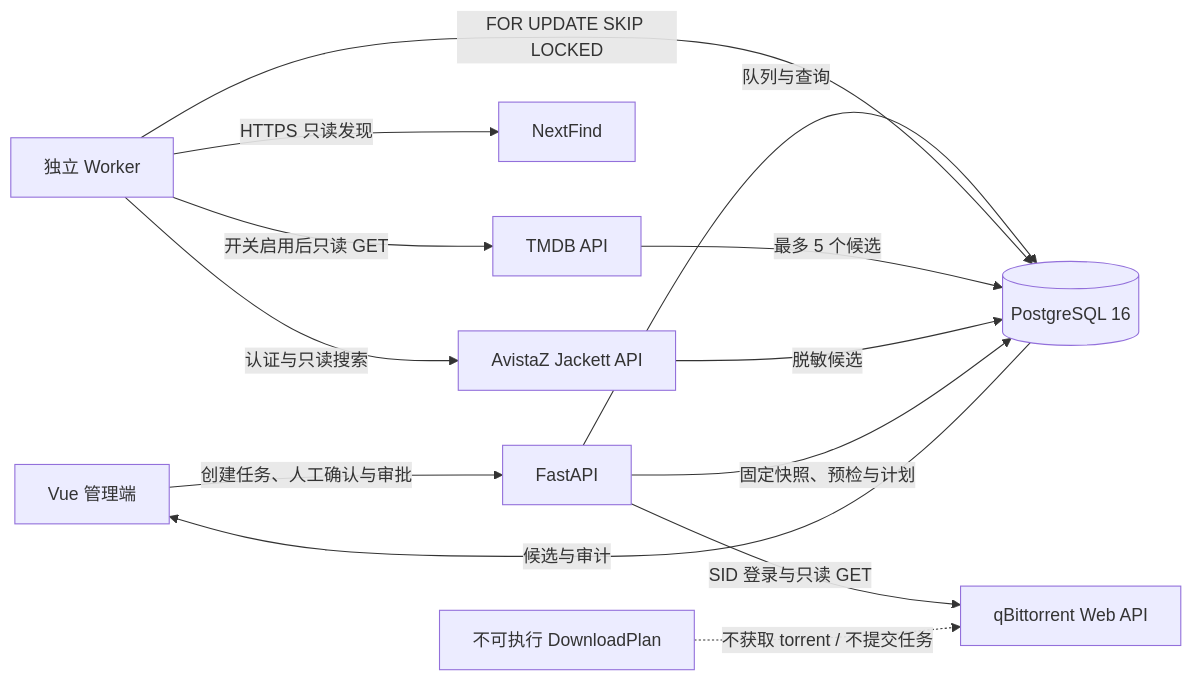
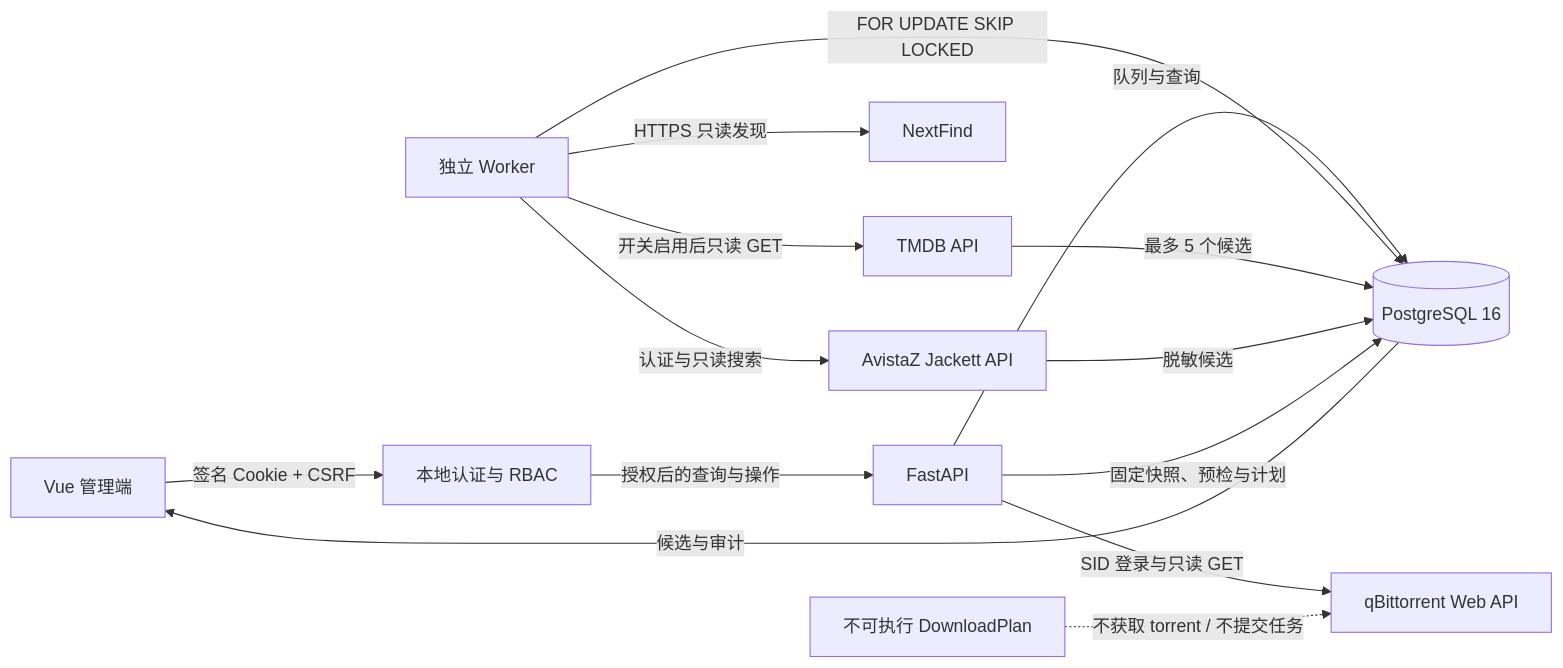
Before and after one commit to Guanerdie/LibSeek: the first of 2 diagrams in docs/architecture.md, drawn with Mermaid. The commit also changed other lines of this file and 90 other files, not shown here.

````diff
--- a/docs/architecture.md
+++ b/docs/architecture.md
@@ -5,15 +5,16 @@
 ```mermaid
 flowchart LR
-  UI[Vue 管理端] -->|创建任务、人工确认与审批| API[FastAPI]
+  UI[Vue 管理端] -->|签名 Cookie + CSRF| Auth[本地认证与 RBAC]
+  Auth -->|授权后的查询与操作| API[FastAPI]
   API -->|队列与查询| DB[(PostgreSQL 16)]
   Worker[独立 Worker] -->|FOR UPDATE SKIP LOCKED| DB
   Worker -->|HTTPS 只读发现| NF[NextFind]
   Worker -->|开关启用后只读 GET| TMDB[TMDB API]
   Worker -->|认证与只读搜索| AZ[AvistaZ Jackett API]
   TMDB -->|最多 5 个候选| DB
   AZ -->|脱敏候选| DB
   DB -->|候选与审计| UI
   API -->|SID 登录与只读 GET| QB[qBittorrent Web API]
   API -->|固定快照、预检与计划| DB
   Plan[不可执行 DownloadPlan] -.不获取 torrent / 不提交任务.-> QB
 ```
````
